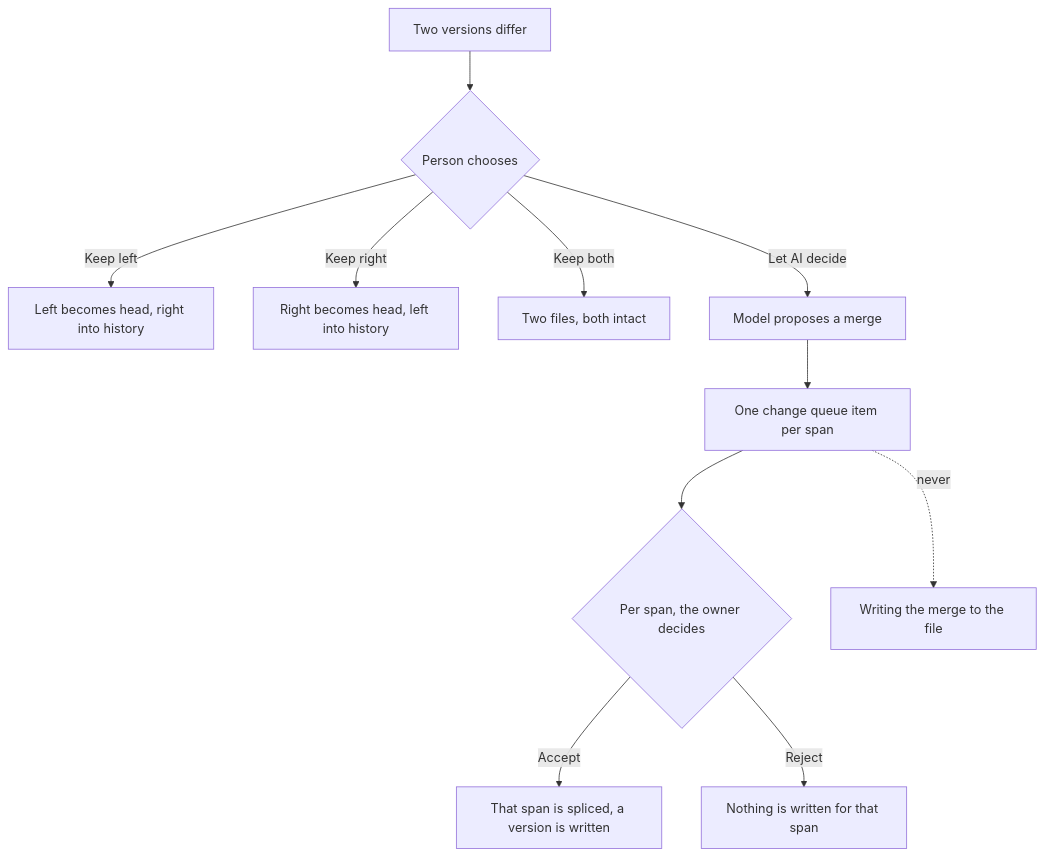
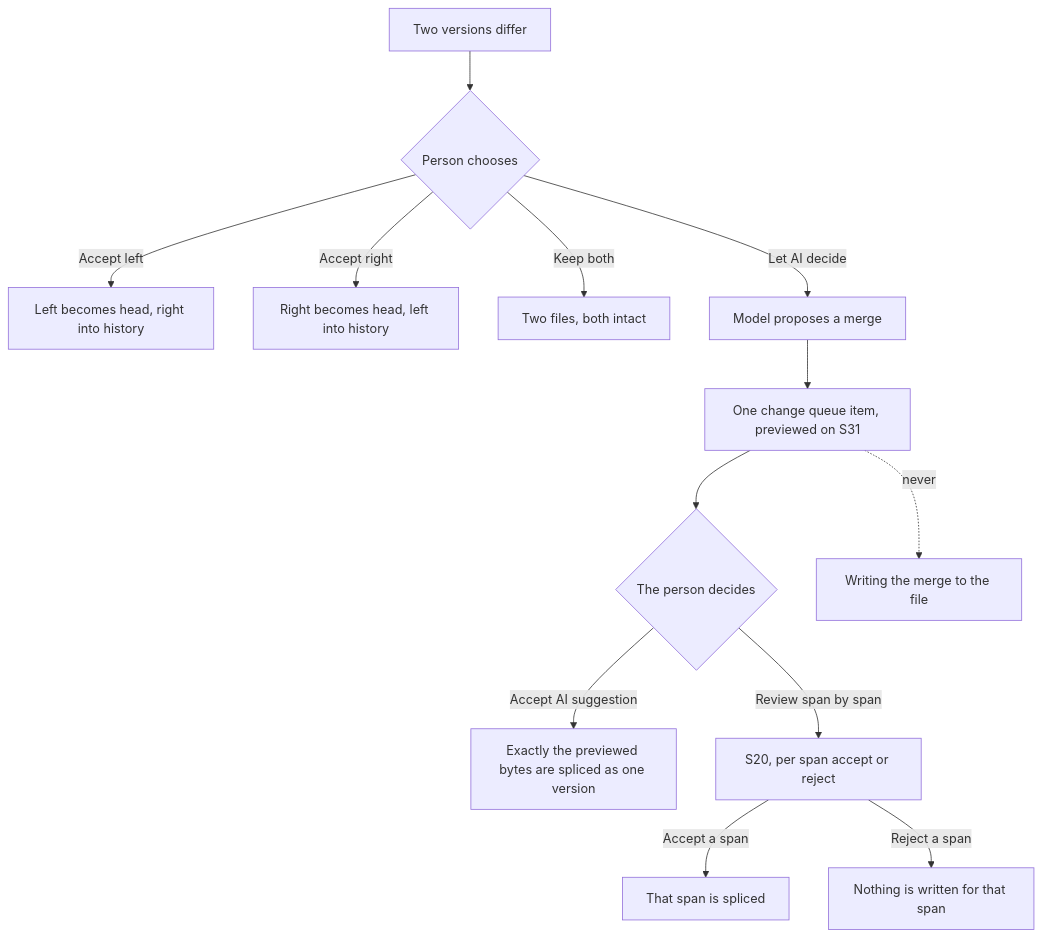
The diagram in docs/pack/12-screens/S31.md (studiozephyrus/frontmatter), drawn with Mermaid before and after one commit. The commit also changed other lines of this file and 7 other files, not shown here.

First line of the commit message:
S31: Accept this version on each side, and Accept AI suggestion beside Let AI decide

````diff
--- a/docs/pack/12-screens/S31.md
+++ b/docs/pack/12-screens/S31.md
@@ -102,13 +135,15 @@
 ```mermaid
 flowchart TD
   A[Two versions differ] --> B{Person chooses}
-  B -->|Keep left| C[Left becomes head, right into history]
-  B -->|Keep right| D[Right becomes head, left into history]
+  B -->|Accept left| C[Left becomes head, right into history]
+  B -->|Accept right| D[Right becomes head, left into history]
   B -->|Keep both| E[Two files, both intact]
   B -->|Let AI decide| F[Model proposes a merge]
-  F --> G[One change queue item per span]
-  G --> H{Per span, the owner decides}
-  H -->|Accept| I[That span is spliced, a version is written]
-  H -->|Reject| J[Nothing is written for that span]
+  F --> G[One change queue item, previewed on S31]
+  G --> H{The person decides}
+  H -->|Accept AI suggestion| I[Exactly the previewed bytes are spliced as one version]
+  H -->|Review span by span| L[S20, per span accept or reject]
+  L -->|Accept a span| M[That span is spliced]
+  L -->|Reject a span| J[Nothing is written for that span]
   G -.->|never| K[Writing the merge to the file]
 ```
````
